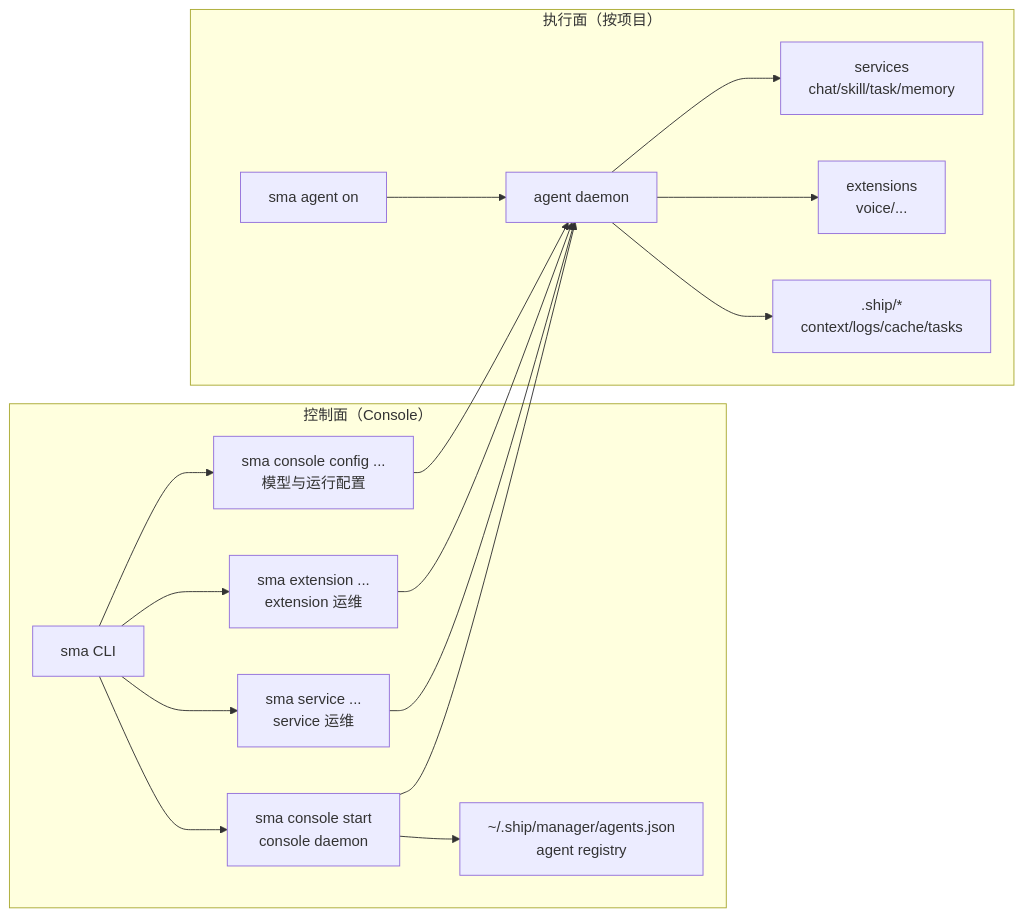
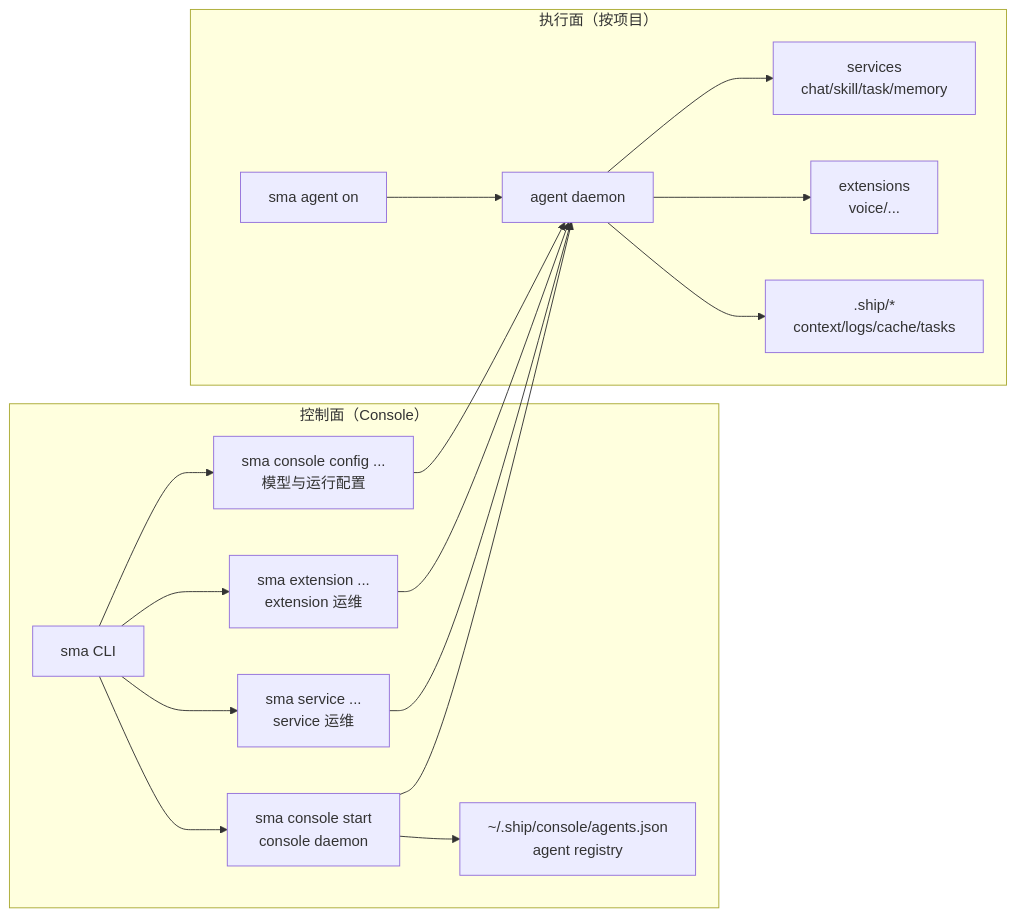
One commit to wangenius/downcity changed the first of 2 diagrams in homepage/content/docs/zh/concepts/logic-map.mdx. Above: the diagram before and after it, drawn with Mermaid. The commit also changed 22 other files, not shown here.

````diff
--- a/homepage/content/docs/zh/concepts/logic-map.mdx
+++ b/homepage/content/docs/zh/concepts/logic-map.mdx
@@ -22,22 +22,22 @@
 ```mermaid
 flowchart LR
   subgraph CP[控制面（Console）]
     CLI[sma CLI] --> CONSOLE[sma console start\nconsole daemon]
     CLI --> CFG[sma console config ...\n模型与运行配置]
     CLI --> SVCOPS[sma service ...\nservice 运维]
     CLI --> EXTOPS[sma extension ...\nextension 运维]
-    CONSOLE --> REG[~/.ship/manager/agents.json\nagent registry]
+    CONSOLE --> REG[~/.ship/console/agents.json\nagent registry]
   end
 
   subgraph DP[执行面（按项目）]
     AGENTCMD[sma agent on] --> AGENTD[agent daemon]
     AGENTD --> SERVICES[services\nchat/skill/task/memory]
     AGENTD --> EXTS[extensions\nvoice/...]
     AGENTD --> SHIP[.ship/*\ncontext/logs/cache/tasks]
   end
 
   CONSOLE --> AGENTD
   SVCOPS --> AGENTD
   EXTOPS --> AGENTD
   CFG --> AGENTD
 ```
````
